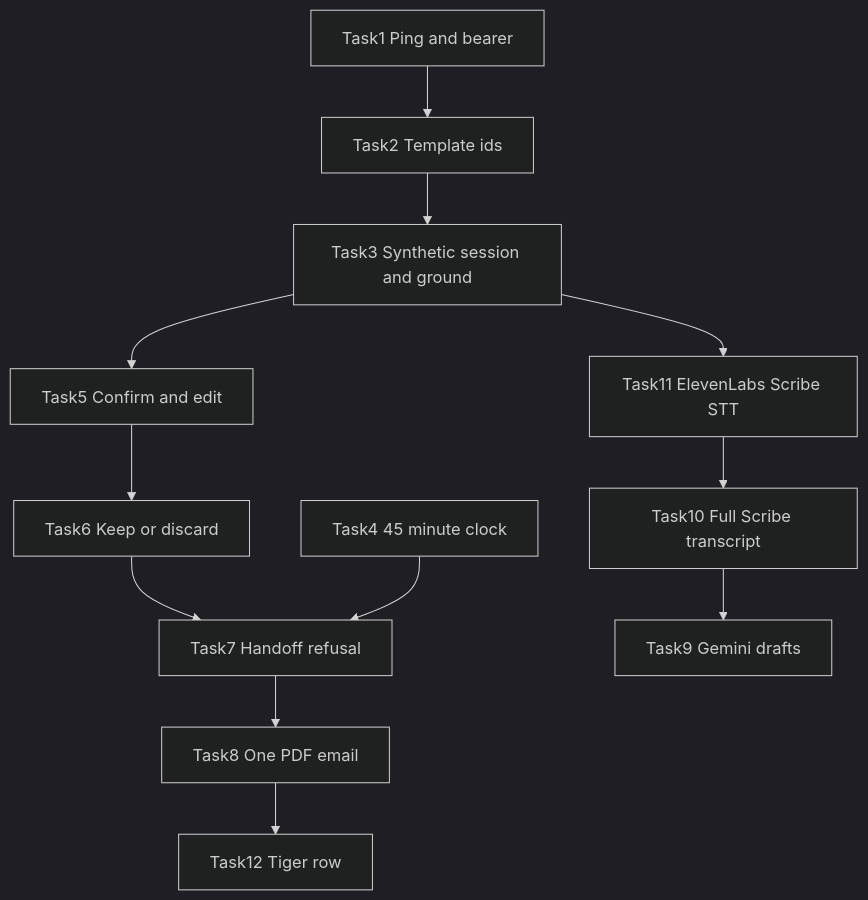
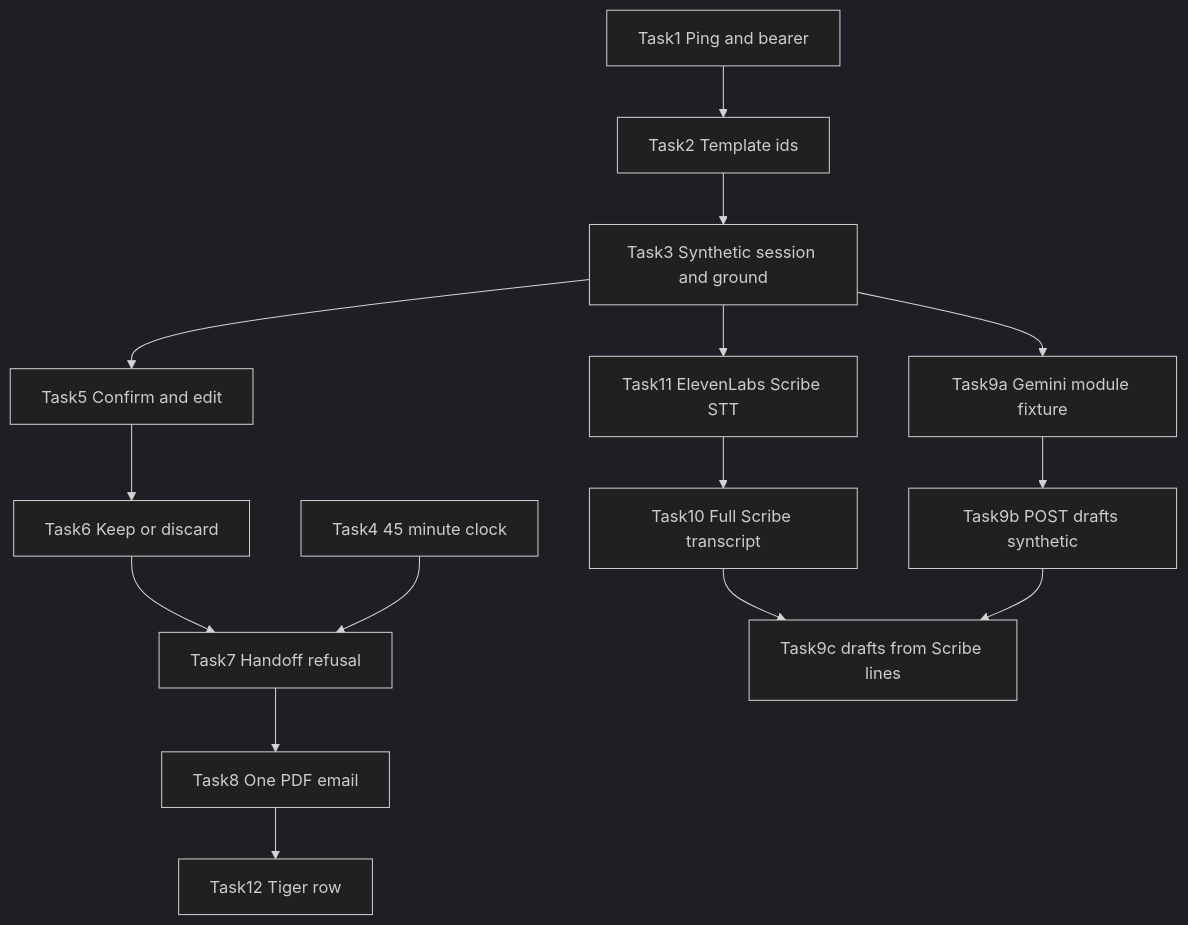
One commit to BrianMF7/HackNight changed the second of 2 diagrams in tasks/plan.md. Above: the diagram before and after it, drawn with Mermaid (dark theme). The commit also changed other lines of this file and 5 other files, not shown here.

Commit message:
Ground recorded Gemini drafts against the transcript so invented quotes are dropped and a real transcript is refused unless ALLOW_PHI is set.

````diff
--- a/tasks/plan.md
+++ b/tasks/plan.md
@@ -70,21 +70,25 @@
 ```mermaid
 flowchart TD
   ping[Task1 Ping and bearer]
   template[Task2 Template ids]
   session[Task3 Synthetic session and ground]
   clock[Task4 45 minute clock]
   confirm[Task5 Confirm and edit]
   choice[Task6 Keep or discard]
   gate[Task7 Handoff refusal]
   send[Task8 One PDF email]
+  geminiCore[Task9a Gemini module fixture]
+  geminiRoute[Task9b POST drafts synthetic]
   scribe[Task11 ElevenLabs Scribe STT]
   transcript[Task10 Full Scribe transcript]
-  gemini[Task9 Gemini drafts]
+  geminiLive[Task9c drafts from Scribe lines]
   tiger[Task12 Tiger row]
   ping --> template --> session
   session --> confirm --> choice --> gate
   clock --> gate
   gate --> send
-  session --> scribe --> transcript --> gemini
+  session --> geminiCore --> geminiRoute
+  session --> scribe --> transcript --> geminiLive
+  geminiRoute --> geminiLive
   send --> tiger
 ```
````
